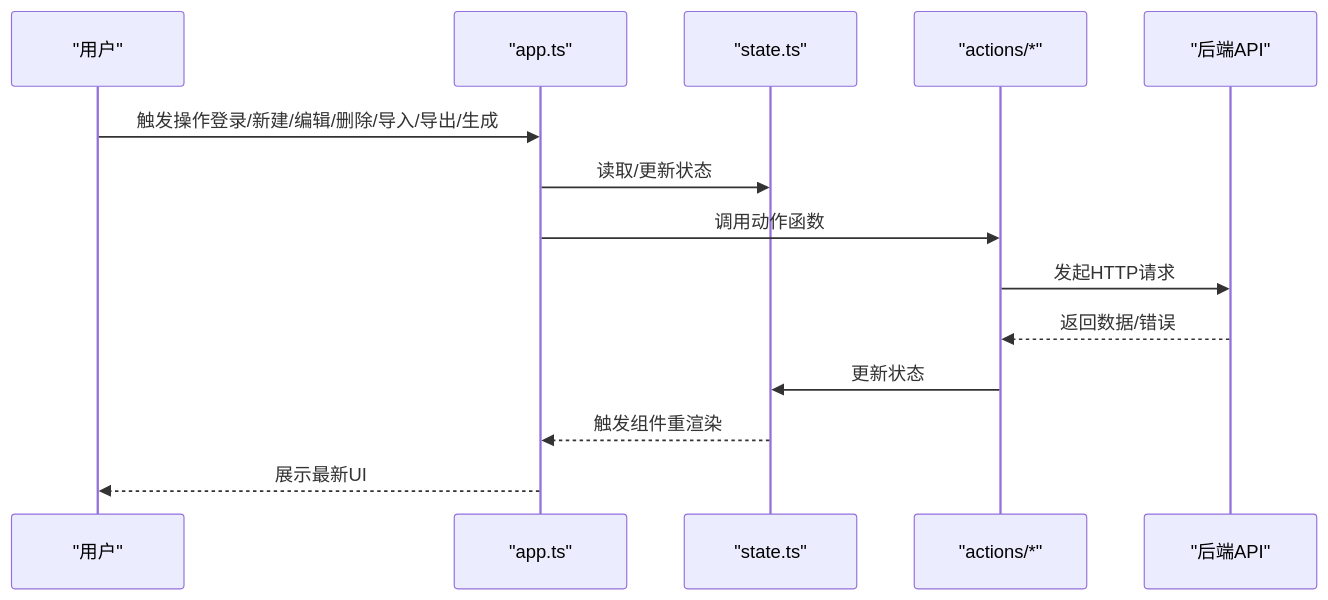
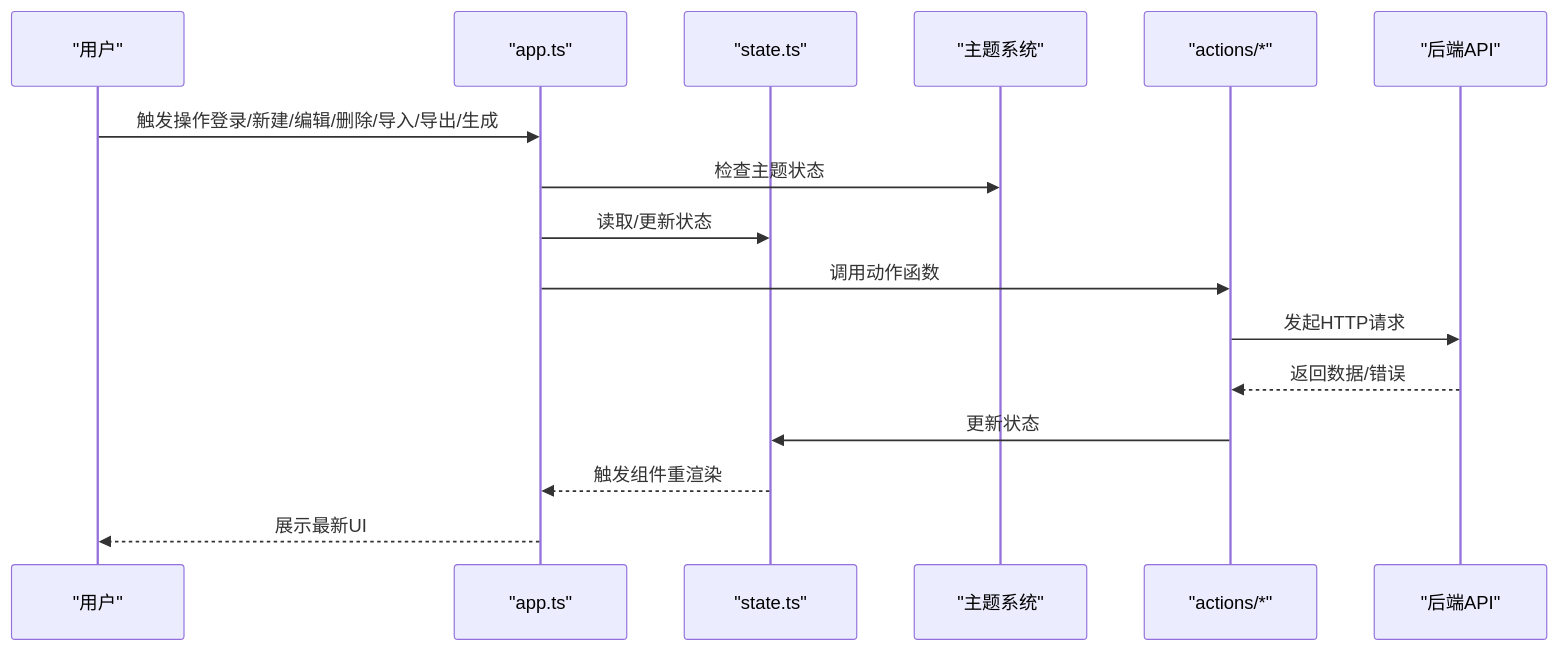
The second of 17 diagrams in .qoder/repowiki/zh/content/前端应用/Admin管理界面/Admin管理界面.md (BlackBoxRecorder/memos), drawn with Mermaid before and after one commit. The commit also changed other lines of this file and 30 other files, not shown here.

````diff
--- a/.qoder/repowiki/zh/content/前端应用/Admin管理界面/Admin管理界面.md
+++ b/.qoder/repowiki/zh/content/前端应用/Admin管理界面/Admin管理界面.md
@@ -131,16 +151,18 @@
 ```mermaid
 sequenceDiagram
 participant U as "用户"
 participant APP as "app.ts"
 participant ST as "state.ts"
+participant THEME as "主题系统"
 participant ACT as "actions/*"
 participant API as "后端API"
 U->>APP : 触发操作登录/新建/编辑/删除/导入/导出/生成
+APP->>THEME : 检查主题状态
 APP->>ST : 读取/更新状态
 APP->>ACT : 调用动作函数
 ACT->>API : 发起HTTP请求
 API-->>ACT : 返回数据/错误
 ACT->>ST : 更新状态
 ST-->>APP : 触发组件重渲染
 APP-->>U : 展示最新UI
 ```
````
